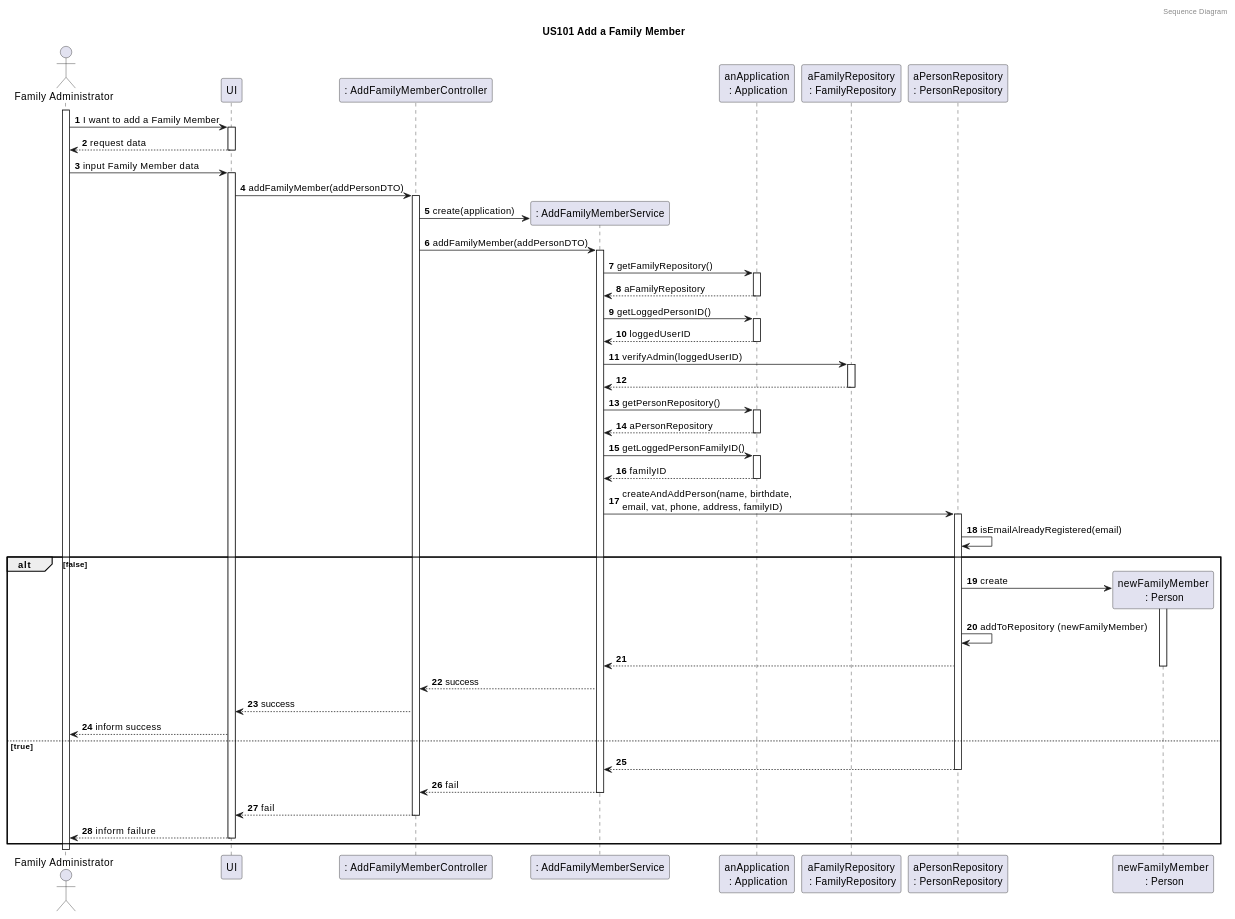
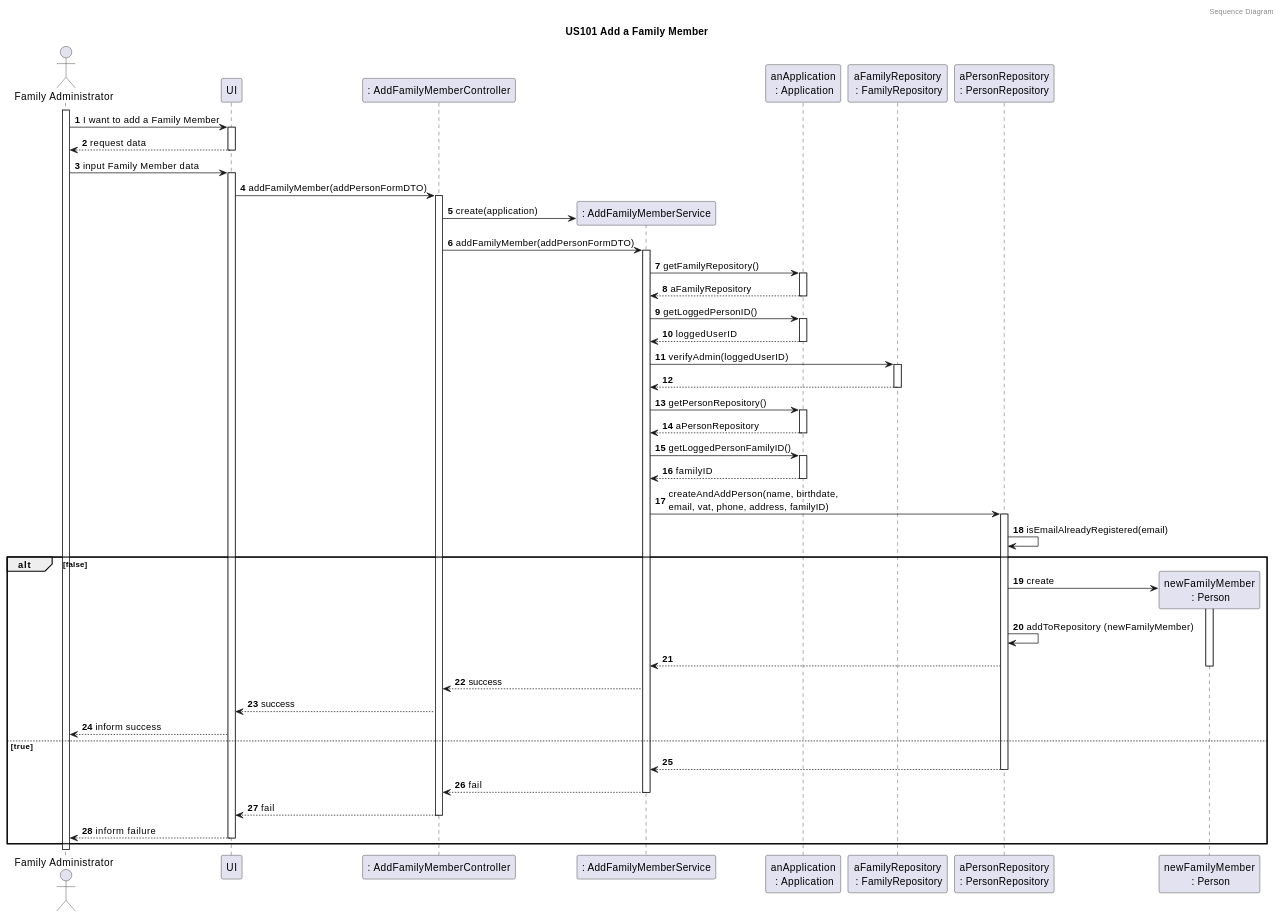
The fourth of 4 diagrams in docs/sprint3/user_stories/US101_AddFamilyMember.md (tomas-osswald/switch_2020_g3), drawn with PlantUML before and after one commit. The commit also changed other lines of this file and 16 other files, not shown here.

```diff
--- a/docs/sprint3/user_stories/US101_AddFamilyMember.md
+++ b/docs/sprint3/user_stories/US101_AddFamilyMember.md
@@ -284,11 +284,11 @@
 familyAdmin -> UI : input Family Member data
 activate UI
 
-UI -> controller : addFamilyMember(addPersonDTO)
+UI -> controller : addFamilyMember(addPersonFormDTO)
 activate controller
 
 controller -> FamAdminService** : create(application)
-controller -> FamAdminService : addFamilyMember(addPersonDTO)
+controller -> FamAdminService : addFamilyMember(addPersonFormDTO)
 activate FamAdminService
 
 FamAdminService -> app : getFamilyRepository()
```
